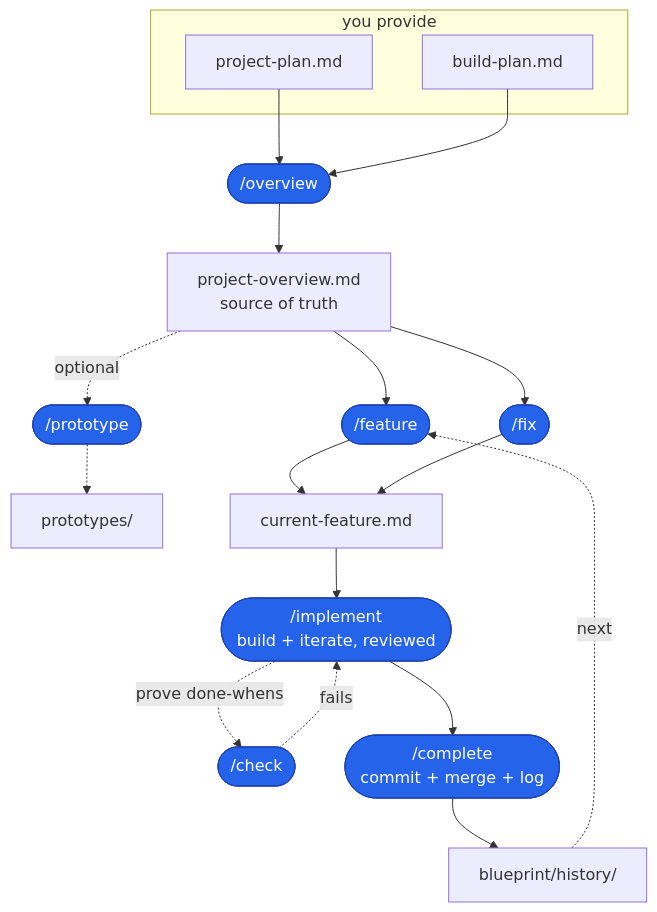
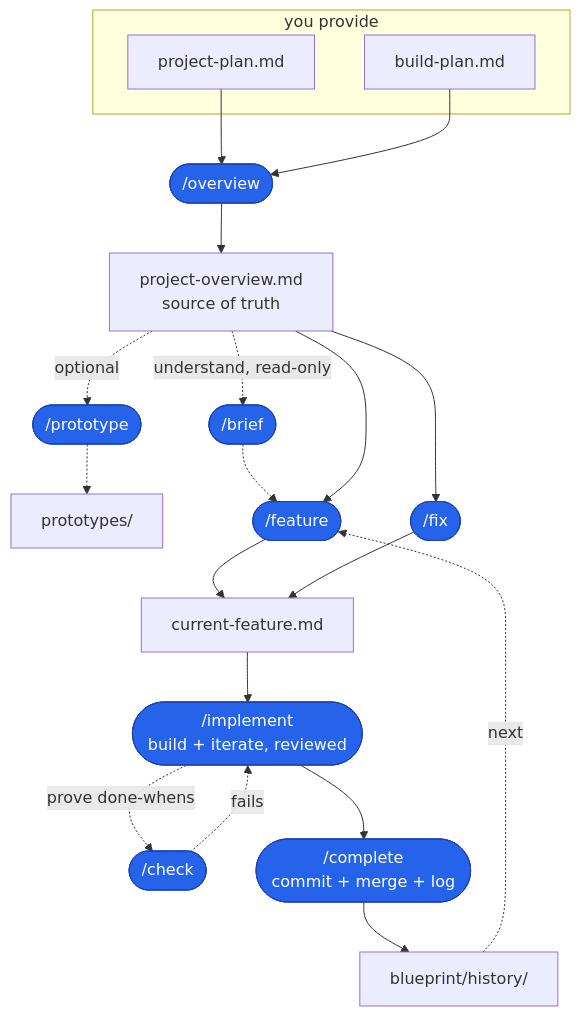
Before and after one commit to bradtraversy/skillpass: the diagram in README.md, drawn with Mermaid. The commit also changed other lines of this file and 4 other files, not shown here.

First line of the commit message:
chore: add /brief skill and register it in the loop docs

````diff
--- a/README.md
+++ b/README.md
@@ -198,27 +198,29 @@
 ```mermaid
 flowchart TD
     subgraph you["you provide"]
         PP["project-plan.md"]
         BPL["build-plan.md"]
     end
 
     PP --> OV(["/overview"])
     BPL --> OV
     OV --> POV["project-overview.md<br/>source of truth"]
     POV -.->|optional| PT(["/prototype"])
     PT -.-> PRO["prototypes/"]
+    POV -.->|understand, read-only| BR(["/brief"])
+    BR -.-> FT
 
     POV --> FT(["/feature"])
     POV --> FX(["/fix"])
     FT --> CF["current-feature.md"]
     FX --> CF
     CF --> IM(["/implement<br/>build + iterate, reviewed"])
     IM -.->|prove done-whens| CK(["/check"])
     CK -.->|fails| IM
     IM --> CP(["/complete<br/>commit + merge + log"])
     CP --> AR["blueprint/history/"]
     AR -.->|next| FT
 
     classDef skill fill:#2563eb,stroke:#1e40af,color:#ffffff;
-    class OV,PT,FT,FX,IM,CP,CK skill;
+    class OV,PT,BR,FT,FX,IM,CP,CK skill;
 ```
````
